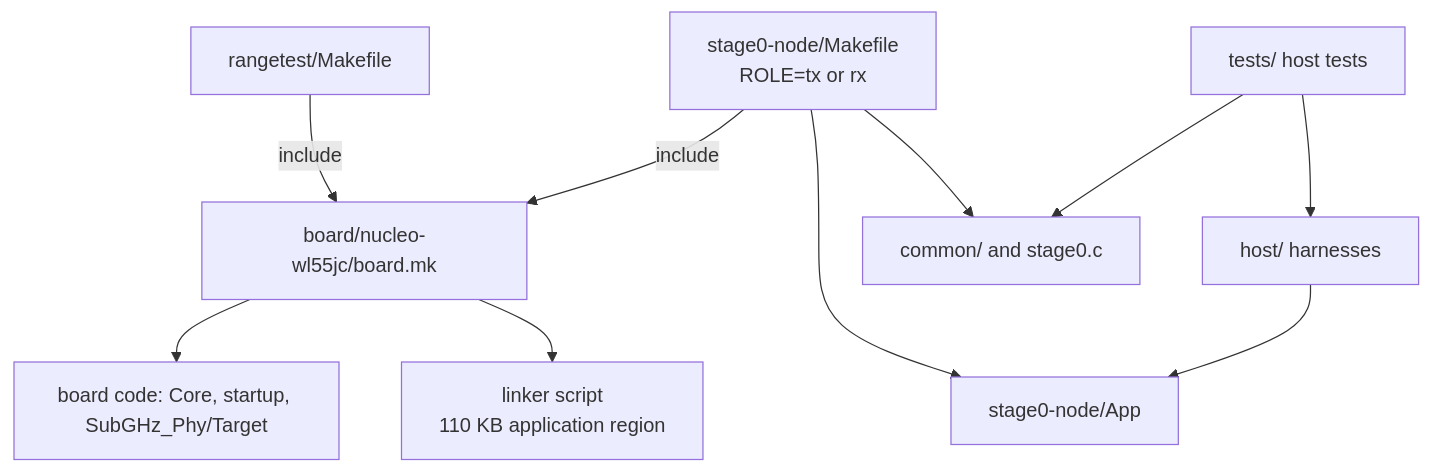
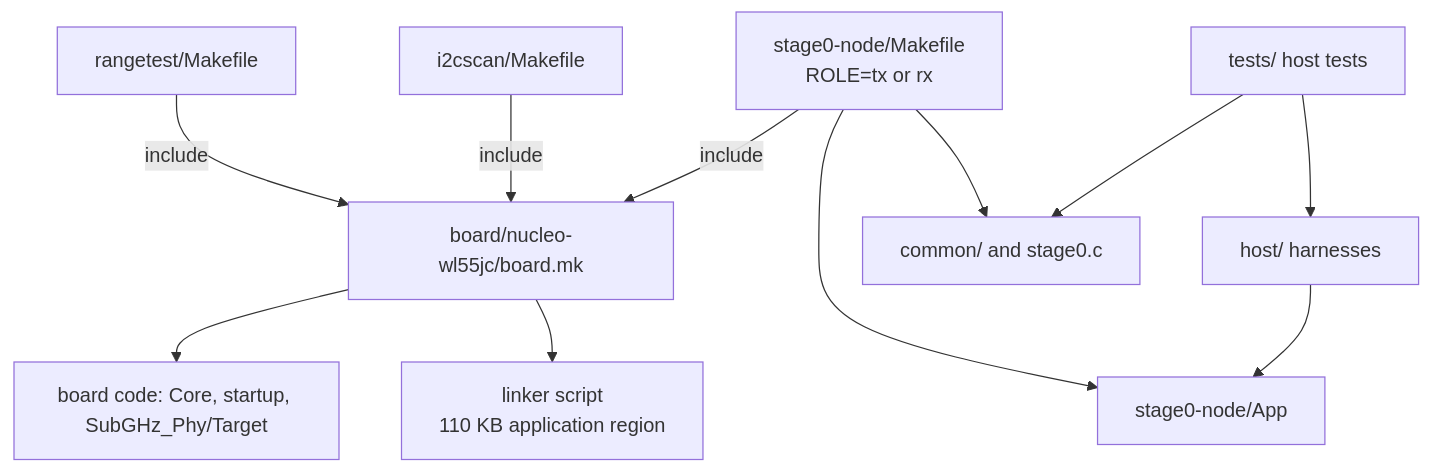
Before and after one commit to clintecker/weather-station-2026: the diagram in firmware/README.md, drawn with Mermaid. The commit also changed other lines of this file and 10 other files, not shown here.

````diff
--- a/firmware/README.md
+++ b/firmware/README.md
@@ -19,12 +20,13 @@
 ```mermaid
 flowchart TD
   NM["stage0-node/Makefile<br/>ROLE=tx or rx"] -->|"include"| BMK["board/nucleo-wl55jc/board.mk"]
   RM["rangetest/Makefile"] -->|"include"| BMK
+  IM["i2cscan/Makefile"] -->|"include"| BMK
   BMK --> BC["board code: Core, startup, SubGHz_Phy/Target"]
   BMK --> LD["linker script<br/>110 KB application region"]
   NM --> APP["stage0-node/App"]
   NM --> COM["common/ and stage0.c"]
   TESTS["tests/ host tests"] --> COM
   TESTS --> HOST["host/ harnesses"]
   HOST --> APP
 ```
````
